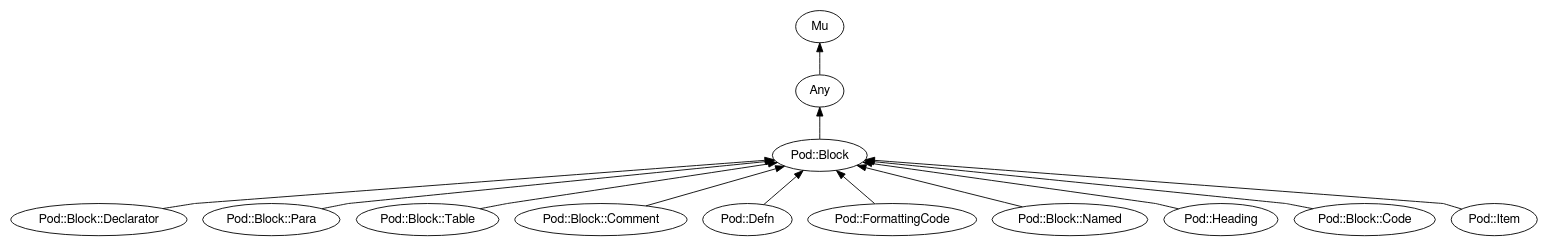
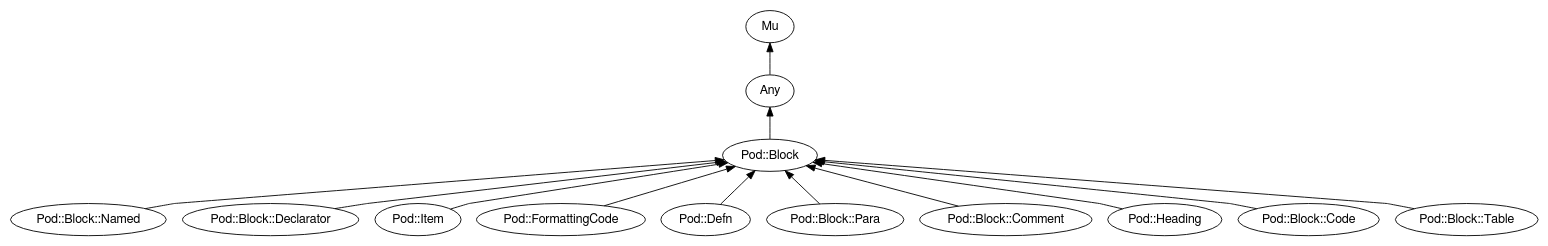
The diagram in images/type-graph-Pod::Block.svg.dot (perl6docs/perl6docs.github.io), drawn with Graphviz before and after one commit. The commit also changed other lines of this file and 1889 other files, not shown here.

```diff
--- a/images/type-graph-Pod::Block.svg.dot
+++ b/images/type-graph-Pod::Block.svg.dot
@@ -1,35 +1,35 @@
 digraph "perl6-type-graph" {
     rankdir=BT;
     splines=polyline;
     overlap=false; 
     // Types
     "Pod::Block" [color="#000000", fontcolor="#000000", href="/type/Pod::Block", fontname="FreeSans"];
     "Mu" [color="#000000", fontcolor="#000000", href="/type/Mu", fontname="FreeSans"];
     "Any" [color="#000000", fontcolor="#000000", href="/type/Any", fontname="FreeSans"];
+    "Pod::Block::Named" [color="#000000", fontcolor="#000000", href="/type/Pod::Block::Named", fontname="FreeSans"];
     "Pod::Block::Declarator" [color="#000000", fontcolor="#000000", href="/type/Pod::Block::Declarator", fontname="FreeSans"];
+    "Pod::Item" [color="#000000", fontcolor="#000000", href="/type/Pod::Item", fontname="FreeSans"];
+    "Pod::FormattingCode" [color="#000000", fontcolor="#000000", href="/type/Pod::FormattingCode", fontname="FreeSans"];
+    "Pod::Defn" [color="#000000", fontcolor="#000000", href="/type/Pod::Defn", fontname="FreeSans"];
     "Pod::Block::Para" [color="#000000", fontcolor="#000000", href="/type/Pod::Block::Para", fontname="FreeSans"];
-    "Pod::Block::Table" [color="#000000", fontcolor="#000000", href="/type/Pod::Block::Table", fontname="FreeSans"];
     "Pod::Block::Comment" [color="#000000", fontcolor="#000000", href="/type/Pod::Block::Comment", fontname="FreeSans"];
-    "Pod::Defn" [color="#000000", fontcolor="#000000", href="/type/Pod::Defn", fontname="FreeSans"];
-    "Pod::FormattingCode" [color="#000000", fontcolor="#000000", href="/type/Pod::FormattingCode", fontname="FreeSans"];
-    "Pod::Block::Named" [color="#000000", fontcolor="#000000", href="/type/Pod::Block::Named", fontname="FreeSans"];
     "Pod::Heading" [color="#000000", fontcolor="#000000", href="/type/Pod::Heading", fontname="FreeSans"];
     "Pod::Block::Code" [color="#000000", fontcolor="#000000", href="/type/Pod::Block::Code", fontname="FreeSans"];
-    "Pod::Item" [color="#000000", fontcolor="#000000", href="/type/Pod::Item", fontname="FreeSans"];
+    "Pod::Block::Table" [color="#000000", fontcolor="#000000", href="/type/Pod::Block::Table", fontname="FreeSans"];
 
     // Superclasses
     "Pod::Block" -> "Any" [color="#000000"];
     "Any" -> "Mu" [color="#000000"];
+    "Pod::Block::Named" -> "Pod::Block" [color="#000000"];
     "Pod::Block::Declarator" -> "Pod::Block" [color="#000000"];
+    "Pod::Item" -> "Pod::Block" [color="#000000"];
+    "Pod::FormattingCode" -> "Pod::Block" [color="#000000"];
+    "Pod::Defn" -> "Pod::Block" [color="#000000"];
     "Pod::Block::Para" -> "Pod::Block" [color="#000000"];
-    "Pod::Block::Table" -> "Pod::Block" [color="#000000"];
     "Pod::Block::Comment" -> "Pod::Block" [color="#000000"];
-    "Pod::Defn" -> "Pod::Block" [color="#000000"];
-    "Pod::FormattingCode" -> "Pod::Block" [color="#000000"];
-    "Pod::Block::Named" -> "Pod::Block" [color="#000000"];
     "Pod::Heading" -> "Pod::Block" [color="#000000"];
     "Pod::Block::Code" -> "Pod::Block" [color="#000000"];
-    "Pod::Item" -> "Pod::Block" [color="#000000"];
+    "Pod::Block::Table" -> "Pod::Block" [color="#000000"];
 
     // Roles
 }
```
